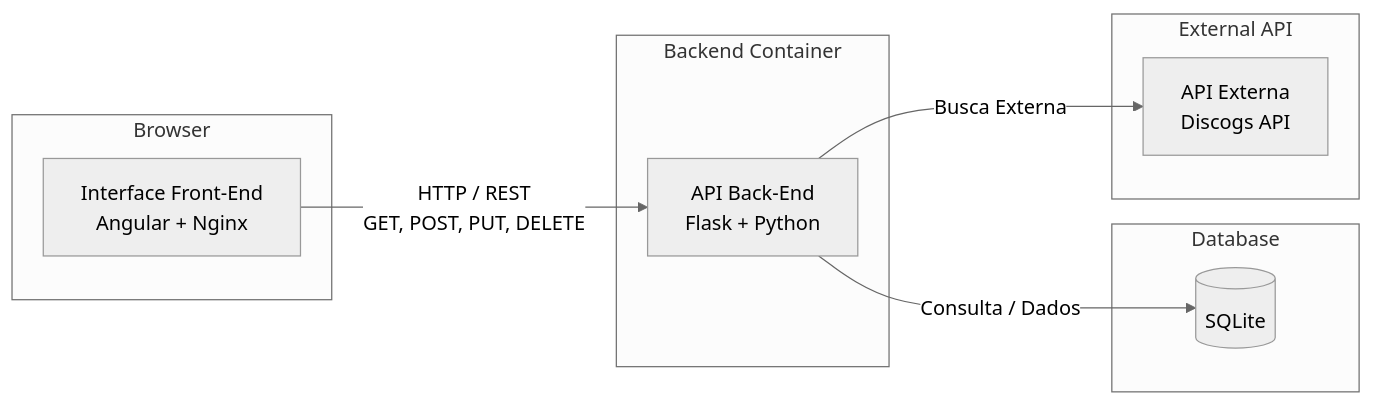
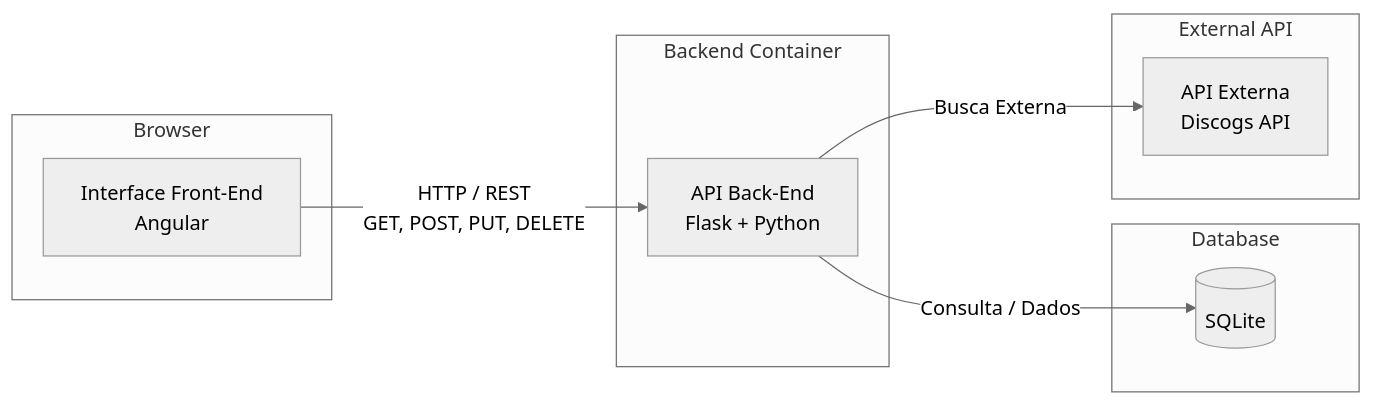
One commit to yatori17/my-vinyls-backend changed the diagram in README.md. Above: the diagram before and after it, drawn with Mermaid (neutral theme). The commit also changed 15 other files, not shown here.

````diff
--- a/README.md
+++ b/README.md
@@ -7,22 +7,22 @@
 ```mermaid
 flowchart LR
     subgraph Browser
-        A[Interface Front-End<br/>Angular + Nginx]
+        A[Interface Front-End<br/>Angular]
     end
 
     subgraph Backend Container
         B[API Back-End<br/>Flask + Python]
     end
 
     subgraph Database
         C[(SQLite)]
     end
 
     subgraph External API
         D[API Externa<br/>Discogs API]
     end
 
     A -->|HTTP / REST<br/>GET, POST, PUT, DELETE| B
     B -->|Consulta / Dados| C
     B -->|Busca Externa| D
 ```
````
